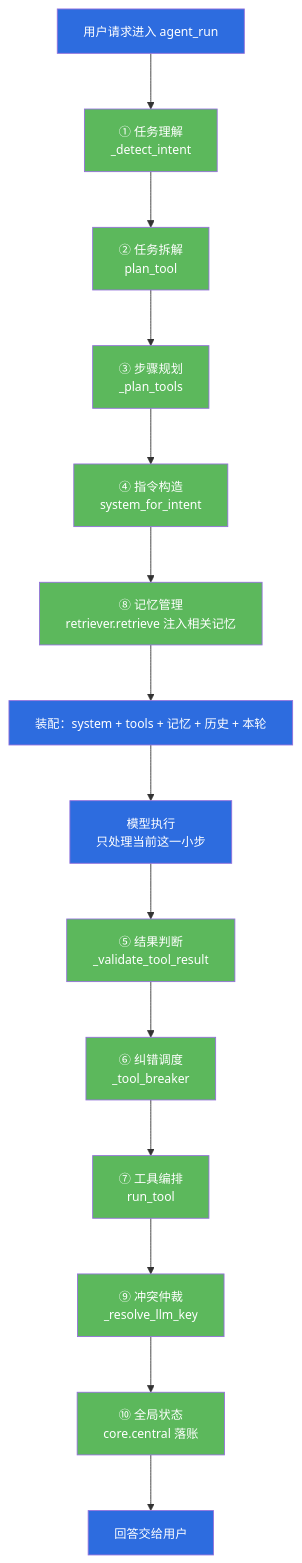
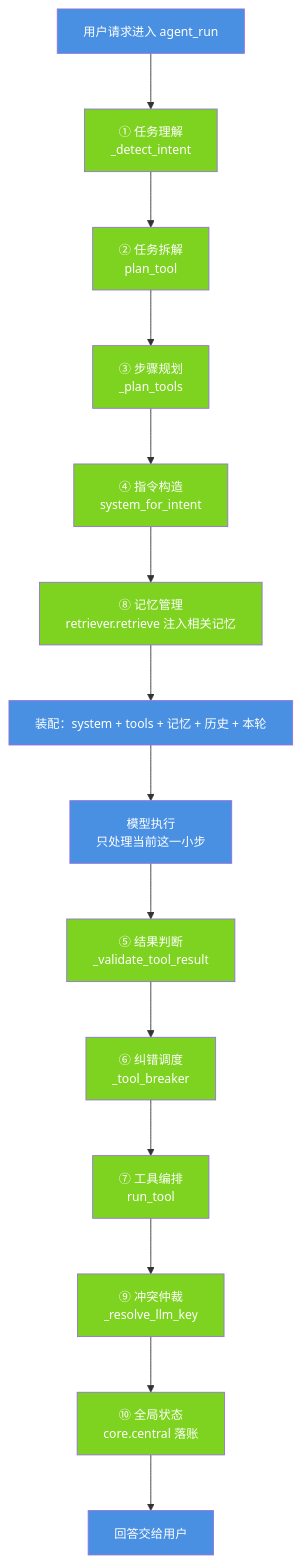
One commit to jiangchuangege/xiaojiao-harnees changed the first of 5 diagrams in docs/modules/01-carrier-core.md. Above: the diagram before and after it, drawn with Mermaid. The commit also changed other lines of this file and 32 other files, not shown here.

Commit message:
统一：全仓原理图配色到一套调色板 + 给 12 张灰图补色 + 修正自己会睡那张过期图

````diff
--- a/docs/modules/01-carrier-core.md
+++ b/docs/modules/01-carrier-core.md
@@ -113,31 +113,31 @@
 ```mermaid
 %%{init: {"themeVariables": {"fontSize": "14px"}, "flowchart": {"htmlLabels": true, "wrappingWidth": 340, "nodeSpacing": 46, "rankSpacing": 64, "useMaxWidth": true}}}%%
 flowchart TB
     IN["用户请求进入 agent_run"] --> P1["① 任务理解<br/>_detect_intent"]
     P1 --> P2["② 任务拆解<br/>plan_tool"]
     P2 --> P3["③ 步骤规划<br/>_plan_tools"]
     P3 --> P4["④ 指令构造<br/>system_for_intent"]
     P4 --> P8["⑧ 记忆管理<br/>retriever.retrieve 注入相关记忆"]
     P8 --> ASM["装配：system + tools + 记忆 + 历史 + 本轮"]
     ASM --> LM["模型执行<br/>只处理当前这一小步"]
     LM --> P5["⑤ 结果判断<br/>_validate_tool_result"]
     P5 --> P6["⑥ 纠错调度<br/>_tool_breaker"]
     P6 --> P7["⑦ 工具编排<br/>run_tool"]
     P7 --> P9["⑨ 冲突仲裁<br/>_resolve_llm_key"]
     P9 --> P10["⑩ 全局状态<br/>core.central 落账"]
     P10 --> OUT["回答交给用户"]
-    style IN fill:#2d6cdf,color:#fff
-    style ASM fill:#2d6cdf,color:#fff
-    style LM fill:#2d6cdf,color:#fff
-    style OUT fill:#2d6cdf,color:#fff
-    style P1 fill:#5cb85c,color:#fff
-    style P2 fill:#5cb85c,color:#fff
-    style P3 fill:#5cb85c,color:#fff
-    style P4 fill:#5cb85c,color:#fff
-    style P5 fill:#5cb85c,color:#fff
-    style P6 fill:#5cb85c,color:#fff
-    style P7 fill:#5cb85c,color:#fff
-    style P8 fill:#5cb85c,color:#fff
-    style P9 fill:#5cb85c,color:#fff
-    style P10 fill:#5cb85c,color:#fff
+    style IN fill:#4A90E2,color:#fff
+    style ASM fill:#4A90E2,color:#fff
+    style LM fill:#4A90E2,color:#fff
+    style OUT fill:#4A90E2,color:#fff
+    style P1 fill:#7ED321,color:#fff
+    style P2 fill:#7ED321,color:#fff
+    style P3 fill:#7ED321,color:#fff
+    style P4 fill:#7ED321,color:#fff
+    style P5 fill:#7ED321,color:#fff
+    style P6 fill:#7ED321,color:#fff
+    style P7 fill:#7ED321,color:#fff
+    style P8 fill:#7ED321,color:#fff
+    style P9 fill:#7ED321,color:#fff
+    style P10 fill:#7ED321,color:#fff
 ```
````
